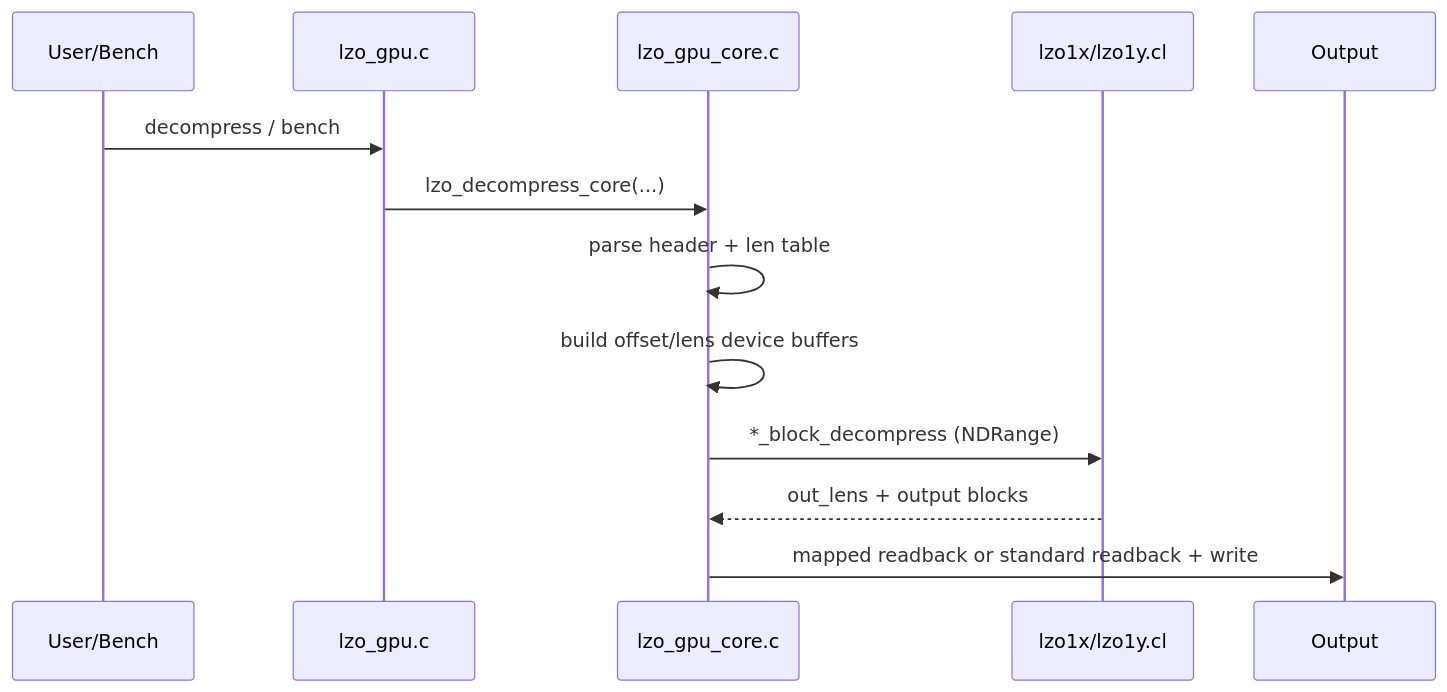
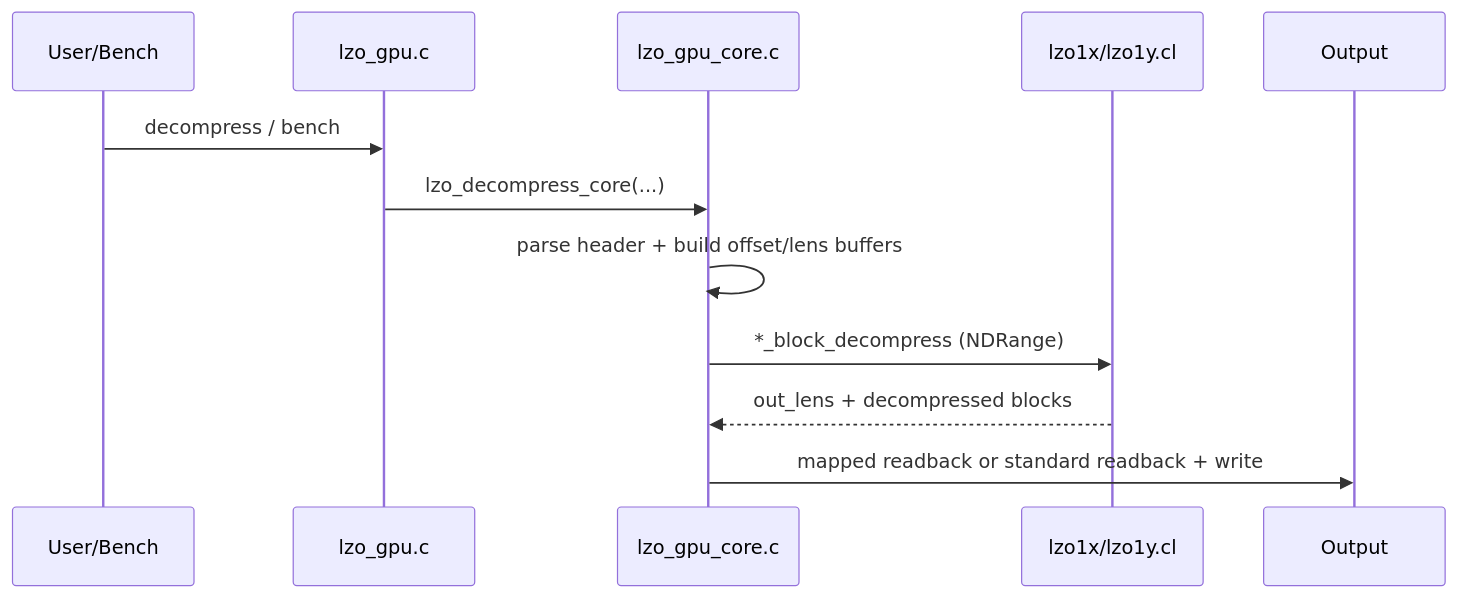
The third of 3 diagrams in lzo_gpu/PERFORMANCE_SUMMARY.md (obsidian0215/lzo-2.10), drawn with Mermaid before and after one commit. The commit also changed other lines of this file and 22 other files, not shown here.

````diff
--- a/lzo_gpu/PERFORMANCE_SUMMARY.md
+++ b/lzo_gpu/PERFORMANCE_SUMMARY.md
@@ -105,16 +83,15 @@
 ```mermaid
 sequenceDiagram
     participant U as User/Bench
     participant H as lzo_gpu.c
     participant R as lzo_gpu_core.c
     participant K as lzo1x/lzo1y.cl
     participant O as Output
 
     U->>H: decompress / bench
     H->>R: lzo_decompress_core(...)
-    R->>R: parse header + len table
-    R->>R: build offset/lens device buffers
+    R->>R: parse header + build offset/lens buffers
     R->>K: *_block_decompress (NDRange)
-    K-->>R: out_lens + output blocks
+    K-->>R: out_lens + decompressed blocks
     R->>O: mapped readback or standard readback + write
 ```
````
